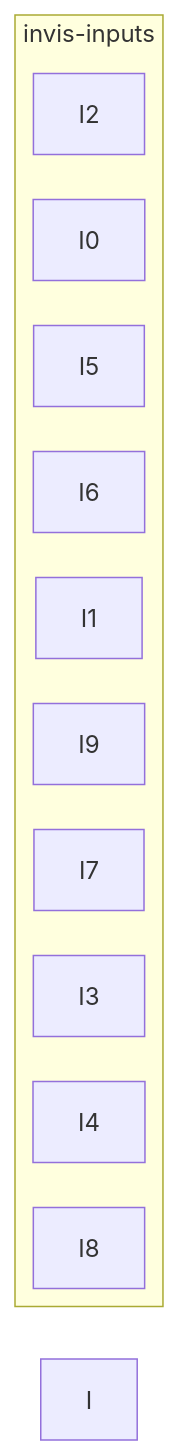
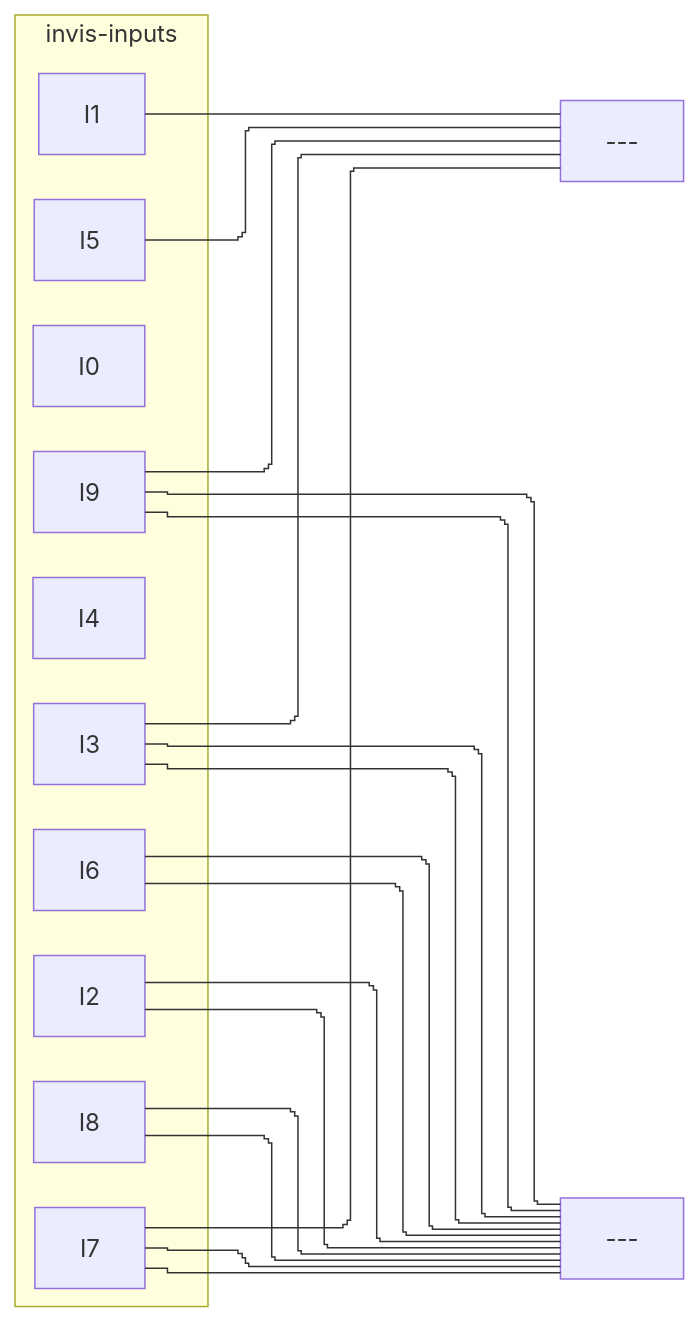
The third of 3 diagrams in CSDS 281 - Logic Design/HW/7/tables.md (tnichols217/notes), drawn with Mermaid before and after one commit.

Commit message:
vault backup: 2024-03-27 11:45:14

````diff
--- a/CSDS 281 - Logic Design/HW/7/tables.md
+++ b/CSDS 281 - Logic Design/HW/7/tables.md
@@ -111,19 +111,22 @@
 ```mermaid
 %%{ init: { 'flowchart': { 'curve': 'stepBefore', "defaultRenderer": "elk" } } }%%
 flowchart LR
 subgraph invis-inputs
 I0
 I1
 I2
 I3
 I4
 I5
 I6
 I7
 I8
 I9
 end
 
-I1 & I3 & I5 & I 
+I1 & I3 & I5 & I7 & I9 --- or4[---]
+I2 & I3 & I6 & I7 & I8 & I9 --- or2[---]
+I2 & I3 & I6 & I7 & I8 & I9 --- or2[---]
+
 
 ```
````
